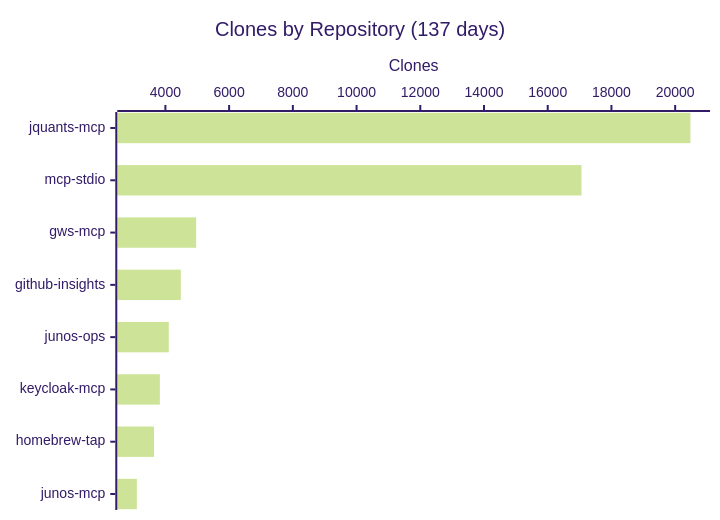
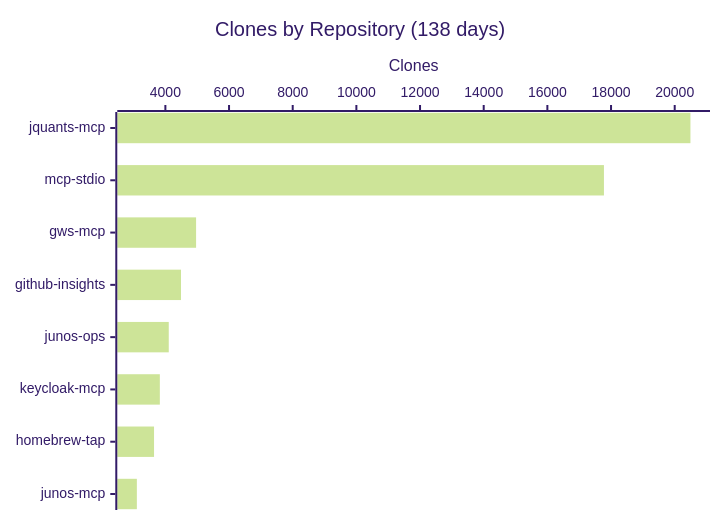
The fourth of 4 diagrams in README.md (shigechika/github-insights), drawn with Mermaid (forest theme) before and after one commit. The commit also changed other lines of this file and 2 other files, not shown here.

````diff
--- a/README.md
+++ b/README.md
@@ -58,7 +58,7 @@
 ```mermaid
 xychart-beta horizontal
-    title "Clones by Repository (137 days)"
+    title "Clones by Repository (138 days)"
     x-axis ["jquants-mcp", "mcp-stdio", "gws-mcp", "github-insights", "junos-ops", "keycloak-mcp", "homebrew-tap", "junos-mcp"]
     y-axis "Clones"
-    bar [20479, 17060, 4965, 4484, 4106, 3826, 3644, 3104]
+    bar [20494, 17777, 4965, 4491, 4106, 3826, 3644, 3104]
 ```
````
